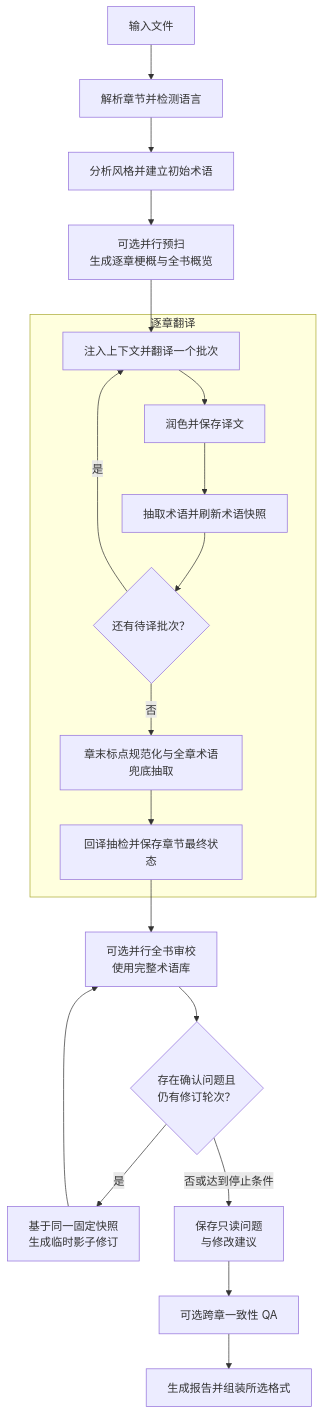
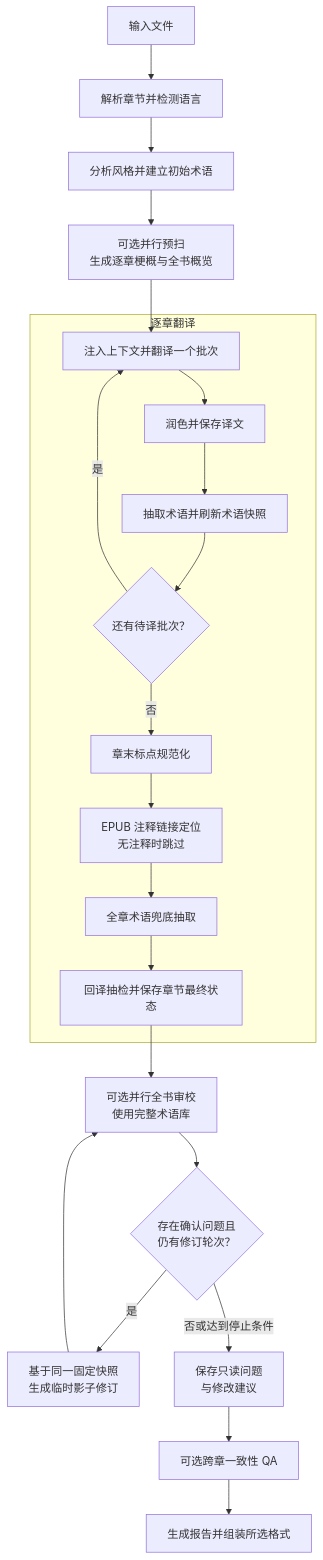
The diagram in docs/zh/README.md (BigDawnGhost/wenyi), drawn with Mermaid before and after one commit. The commit also changed 16 other files, not shown here.

````diff
--- a/docs/zh/README.md
+++ b/docs/zh/README.md
@@ -158,25 +158,27 @@
 ```mermaid
 flowchart TD
     A[输入文件] --> B[解析章节并检测语言]
     B --> C[分析风格并建立初始术语]
     C --> D[可选并行预扫<br/>生成逐章梗概与全书概览]
     D --> E
 
     subgraph T[逐章翻译]
         E[注入上下文并翻译一个批次]
         E --> F[润色并保存译文]
         F --> G[抽取术语并刷新术语快照]
         G --> H{还有待译批次？}
         H -- 是 --> E
-        H -- 否 --> I[章末标点规范化与全章术语兜底抽取]
-        I --> J[回译抽检并保存章节最终状态]
+        H -- 否 --> I[章末标点规范化]
+        I --> IA[EPUB 注释链接定位<br/>无注释时跳过]
+        IA --> IB[全章术语兜底抽取]
+        IB --> J[回译抽检并保存章节最终状态]
     end
 
     J --> K[可选并行全书审校<br/>使用完整术语库]
     K --> N{存在确认问题且<br/>仍有修订轮次？}
     N -- 是 --> O[基于同一固定快照<br/>生成临时影子修订]
     O --> K
     N -- 否或达到停止条件 --> P[保存只读问题<br/>与修改建议]
     P --> L[可选跨章一致性 QA]
     L --> M[生成报告并组装所选格式]
 ```
````
